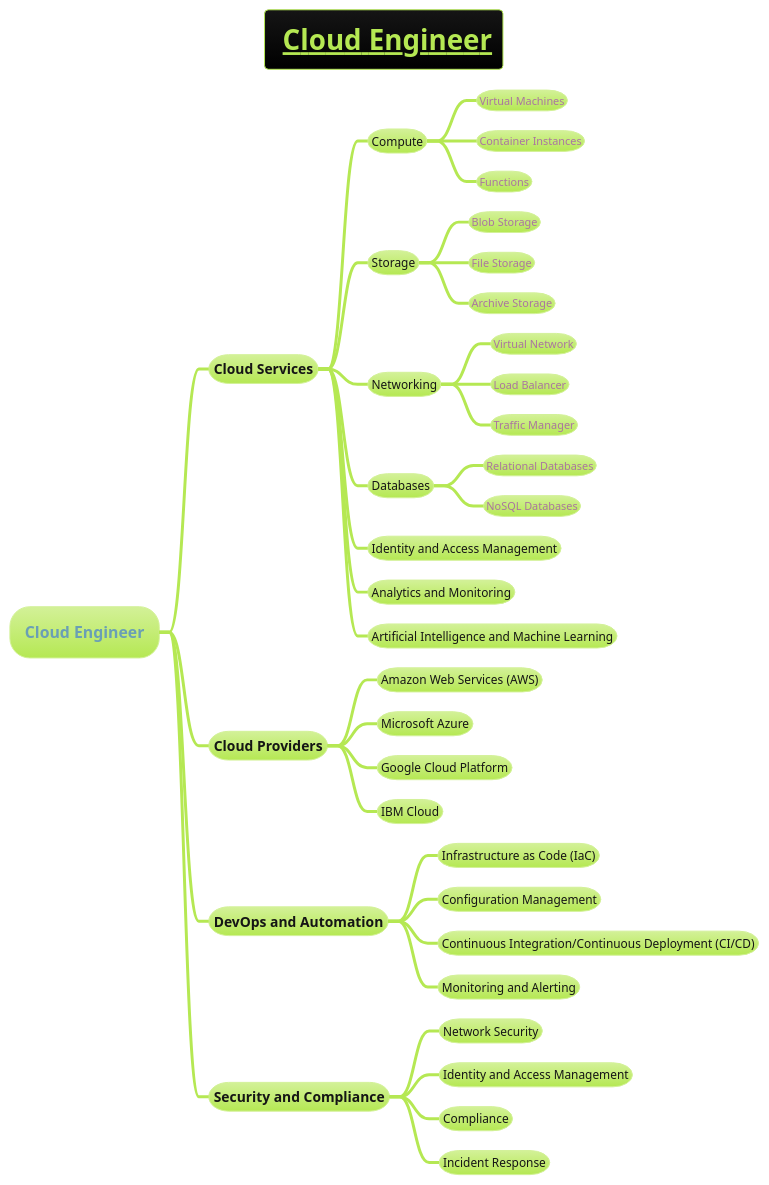
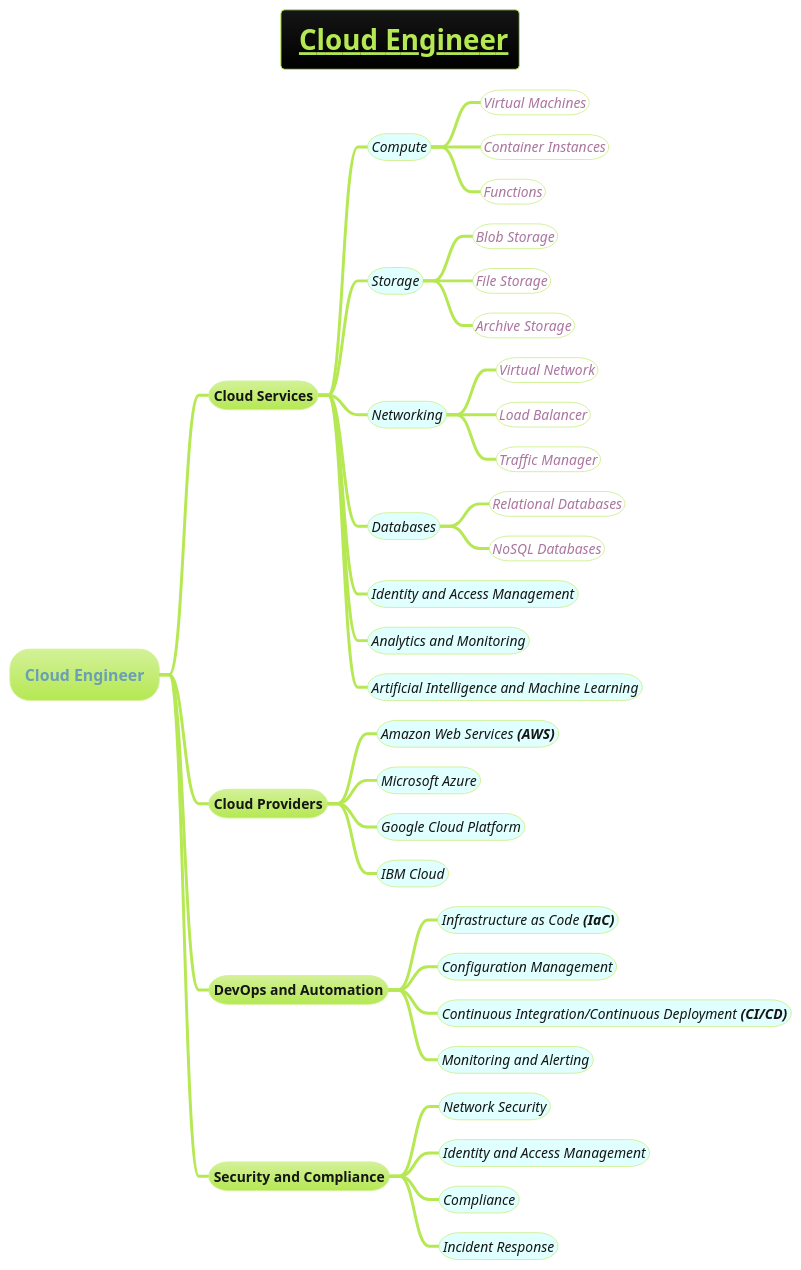
The diagram in docs/3-programming-languages/Cloud-Engineer.puml (MehmoodHashmi/Documentation-as-Code-DaC), drawn with PlantUML before and after one commit. The commit also changed 4 other files, not shown here.

```diff
--- a/docs/3-programming-languages/Cloud-Engineer.puml
+++ b/docs/3-programming-languages/Cloud-Engineer.puml
@@ -1,40 +1,41 @@
 @startmindmap
 !theme hacker
 title =__ Cloud Engineer__
 
+
 * Cloud Engineer
 ** Cloud Services
-*** Compute
-**** Virtual Machines
-**** Container Instances
-**** Functions
-*** Storage
-**** Blob Storage
-**** File Storage
-**** Archive Storage
-*** Networking
-**** Virtual Network
-**** Load Balancer
-**** Traffic Manager
-*** Databases
-**** Relational Databases
-**** NoSQL Databases
-*** Identity and Access Management
-*** Analytics and Monitoring
-*** Artificial Intelligence and Machine Learning
+***[#lightcyan] ====<size:14>Compute
+****[#white] ====<size:14>Virtual Machines
+****[#white] ====<size:14>Container Instances
+****[#white] ====<size:14>Functions
+***[#lightcyan] ====<size:14>Storage
+****[#white] ====<size:14>Blob Storage
+****[#white] ====<size:14>File Storage
+****[#white] ====<size:14>Archive Storage
+***[#lightcyan] ====<size:14>Networking
+****[#white] ====<size:14>Virtual Network
+****[#white] ====<size:14>Load Balancer
+****[#white] ====<size:14>Traffic Manager
+***[#lightcyan] ====<size:14>Databases
+****[#white] ====<size:14>Relational Databases
+****[#white] ====<size:14>NoSQL Databases
+***[#lightcyan] ====<size:14>Identity and Access Management
+***[#lightcyan] ====<size:14>Analytics and Monitoring
+***[#lightcyan] ====<size:14>Artificial Intelligence and Machine Learning
 ** Cloud Providers
-*** Amazon Web Services (AWS)
-*** Microsoft Azure
-*** Google Cloud Platform
-*** IBM Cloud
+***[#lightcyan] ====<size:14>Amazon Web Services **(AWS)**
+***[#lightcyan] ====<size:14>Microsoft Azure
+***[#lightcyan] ====<size:14>Google Cloud Platform
+***[#lightcyan] ====<size:14>IBM Cloud
 ** DevOps and Automation
-*** Infrastructure as Code (IaC)
-*** Configuration Management
-*** Continuous Integration/Continuous Deployment (CI/CD)
-*** Monitoring and Alerting
+***[#lightcyan] ====<size:14>Infrastructure as Code **(IaC)**
+***[#lightcyan] ====<size:14>Configuration Management
+***[#lightcyan] ====<size:14>Continuous Integration/Continuous Deployment **(CI/CD)**
+***[#lightcyan] ====<size:14>Monitoring and Alerting
 ** Security and Compliance
-*** Network Security
-*** Identity and Access Management
-*** Compliance
-*** Incident Response
+***[#lightcyan] ====<size:14>Network Security
+***[#lightcyan] ====<size:14>Identity and Access Management
+***[#lightcyan] ====<size:14>Compliance
+***[#lightcyan] ====<size:14>Incident Response
 @endmindmap
```
